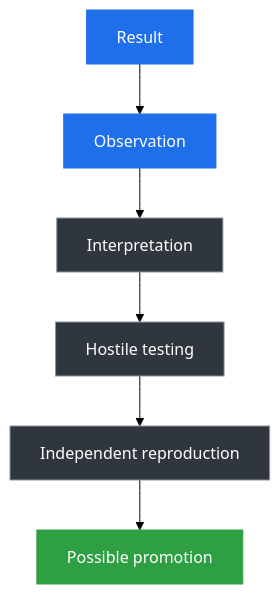
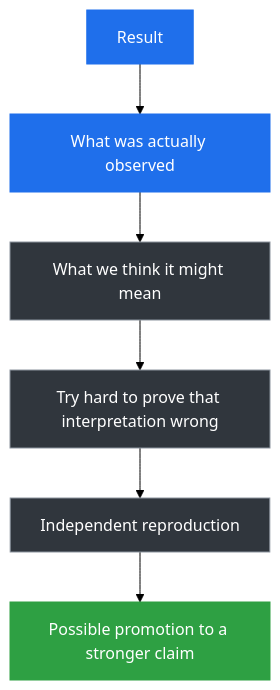
Before and after one commit to cameron467/The-Unbreakable-Law: the fifth of 5 diagrams in Simplified_Framework/WHY_THIS_IS_NOT_A_THEORY_OF_EVERYTHING_YET.md, drawn with Mermaid (forest theme). The commit also changed other lines of this file, not shown here.

````diff
--- a/Simplified_Framework/WHY_THIS_IS_NOT_A_THEORY_OF_EVERYTHING_YET.md
+++ b/Simplified_Framework/WHY_THIS_IS_NOT_A_THEORY_OF_EVERYTHING_YET.md
@@ -408,24 +408,29 @@
 ```mermaid
 flowchart TB
 
     A["Result"]
-    B["Observation"]
-    C["Interpretation"]
-    D["Hostile testing"]
+
+    B["What was actually observed"]
+
+    C["What we think it might mean"]
+
+    D["Try hard to prove that interpretation wrong"]
+
     E["Independent reproduction"]
-    F["Possible promotion"]
+
+    F["Possible promotion to a stronger claim"]
 
     A --> B
     B --> C
     C --> D
     D --> E
     E --> F
 
     classDef observed fill:#1f6feb,stroke:#1f6feb,color:#ffffff;
     classDef uncertain fill:#30363d,stroke:#8b949e,color:#ffffff;
     classDef promoted fill:#2ea043,stroke:#2ea043,color:#ffffff;
 
     class A,B observed;
     class C,D,E uncertain;
     class F promoted;
 ```
````
